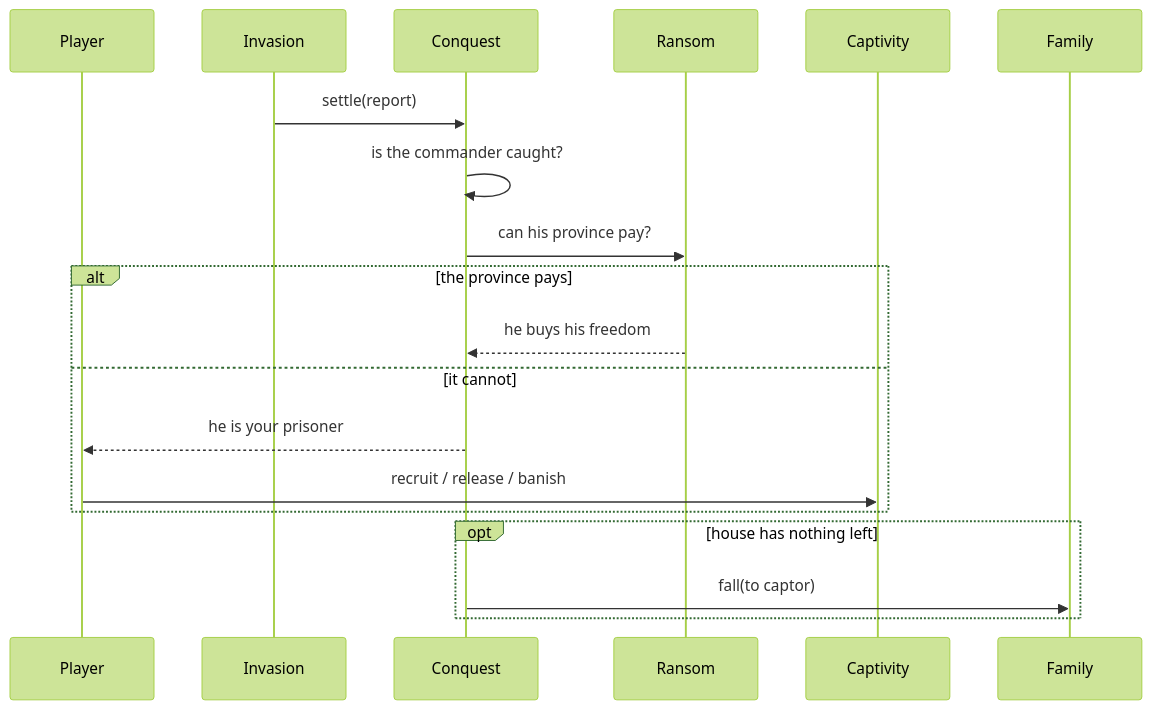
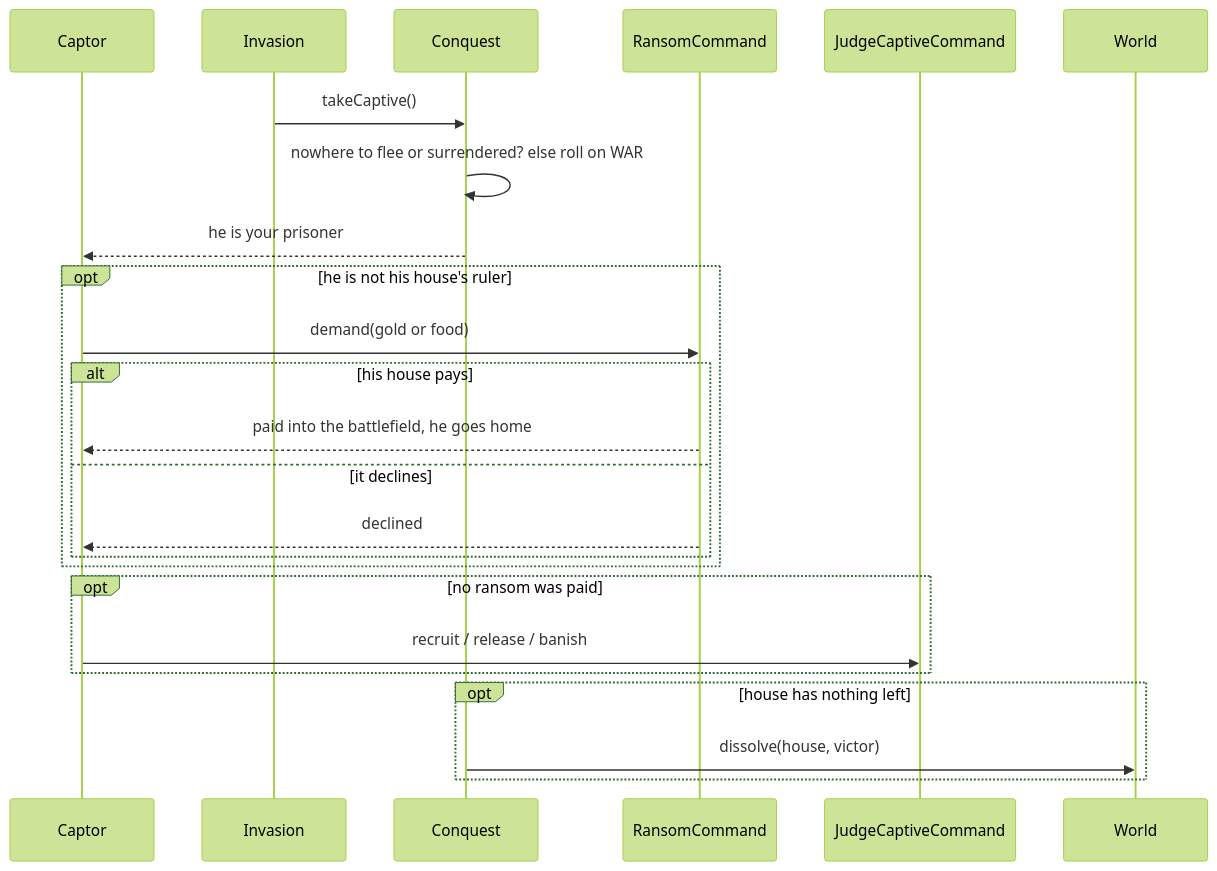
One commit to pslotinsky/kunstkamera changed the third of 3 diagrams in gemstorm/docs/design/09-conquest-and-captives.md. Above: the diagram before and after it, drawn with Mermaid (forest theme). The commit also changed other lines of this file and 19 other files, not shown here.

````diff
--- a/gemstorm/docs/design/09-conquest-and-captives.md
+++ b/gemstorm/docs/design/09-conquest-and-captives.md
@@ -146,23 +175,29 @@
 ```mermaid
 sequenceDiagram
-  participant Player
+  participant Captor
   participant Invasion
   participant Conquest
-  participant Ransom
-  participant Captivity
+  participant Ransom as RansomCommand
+  participant Judge as JudgeCaptiveCommand
 
-  Invasion->>Conquest: settle(report)
-  Conquest->>Conquest: is the commander caught?
-  Conquest->>Ransom: can his province pay?
+  Invasion->>Conquest: takeCaptive()
+  Conquest->>Conquest: nowhere to flee or surrendered? else roll on WAR
+  Conquest-->>Captor: he is your prisoner
 
-  alt the province pays
-    Ransom-->>Conquest: he buys his freedom
-  else it cannot
-    Conquest-->>Player: he is your prisoner
-    Player->>Captivity: recruit / release / banish
+  opt he is not his house's ruler
+    Captor->>Ransom: demand(gold or food)
+    alt his house pays
+      Ransom-->>Captor: paid into the battlefield, he goes home
+    else it declines
+      Ransom-->>Captor: declined
+    end
+  end
+
+  opt no ransom was paid
+    Captor->>Judge: recruit / release / banish
   end
 
   opt house has nothing left
-    Conquest->>Family: fall(to captor)
+    Conquest->>World: dissolve(house, victor)
   end
 ```
````
